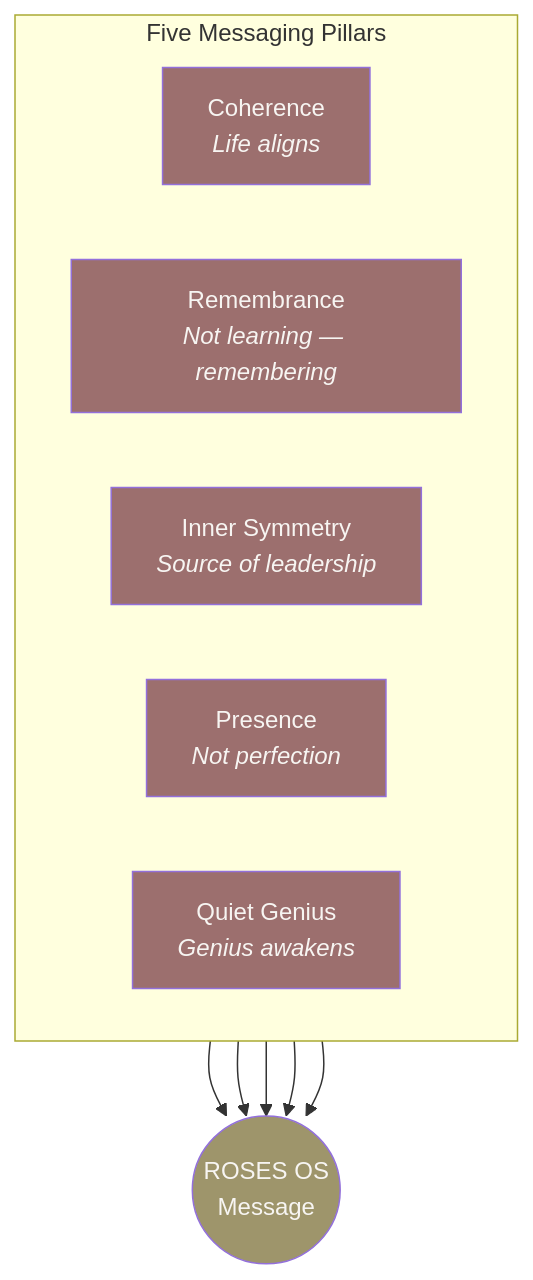
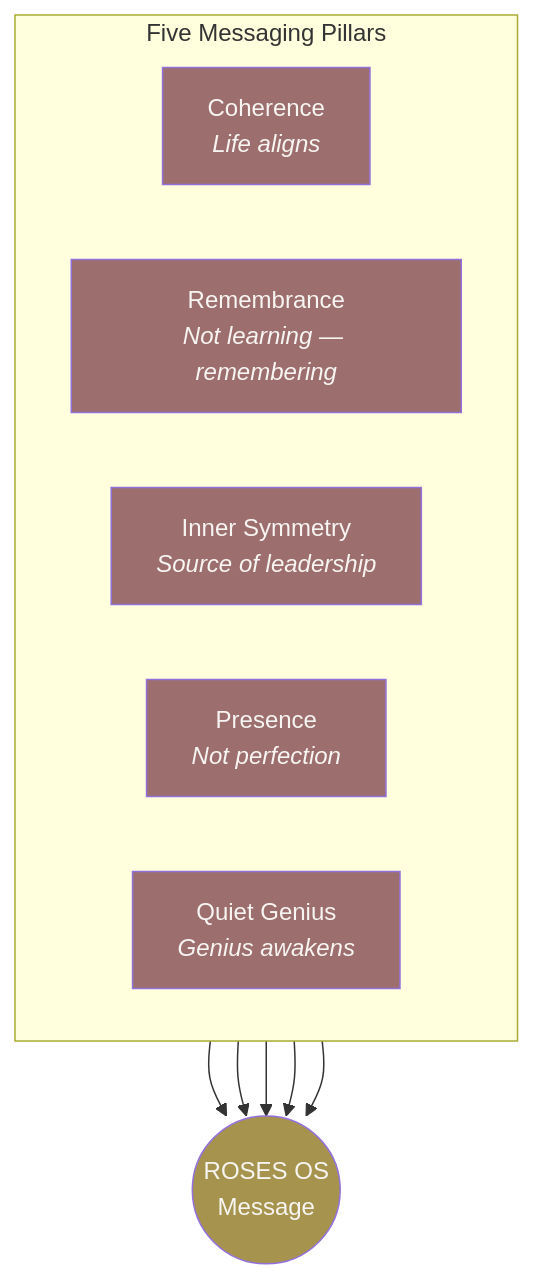
One commit to Light-Brands/roses-os changed the seventh of 28 diagrams in docs/brand-dna.md. Above: the diagram before and after it, drawn with Mermaid. The commit also changed other lines of this file and 1 other file, not shown here.

````diff
--- a/docs/brand-dna.md
+++ b/docs/brand-dna.md
@@ -332,24 +332,24 @@
 ```mermaid
 graph TD
     subgraph PILLARS["Five Messaging Pillars"]
         direction LR
         P1["Coherence<br/><i>Life aligns</i>"]
         P2["Remembrance<br/><i>Not learning — remembering</i>"]
         P3["Inner Symmetry<br/><i>Source of leadership</i>"]
         P4["Presence<br/><i>Not perfection</i>"]
         P5["Quiet Genius<br/><i>Genius awakens</i>"]
     end
 
     P1 --> CORE((ROSES OS<br/>Message))
     P2 --> CORE
     P3 --> CORE
     P4 --> CORE
     P5 --> CORE
 
     style P1 fill:#9C6F6E,color:#F7F5F2
     style P2 fill:#9C6F6E,color:#F7F5F2
     style P3 fill:#9C6F6E,color:#F7F5F2
     style P4 fill:#9C6F6E,color:#F7F5F2
     style P5 fill:#9C6F6E,color:#F7F5F2
-    style CORE fill:#9E956B,color:#F7F5F2
+    style CORE fill:#A6944E,color:#F7F5F2
 ```
````
